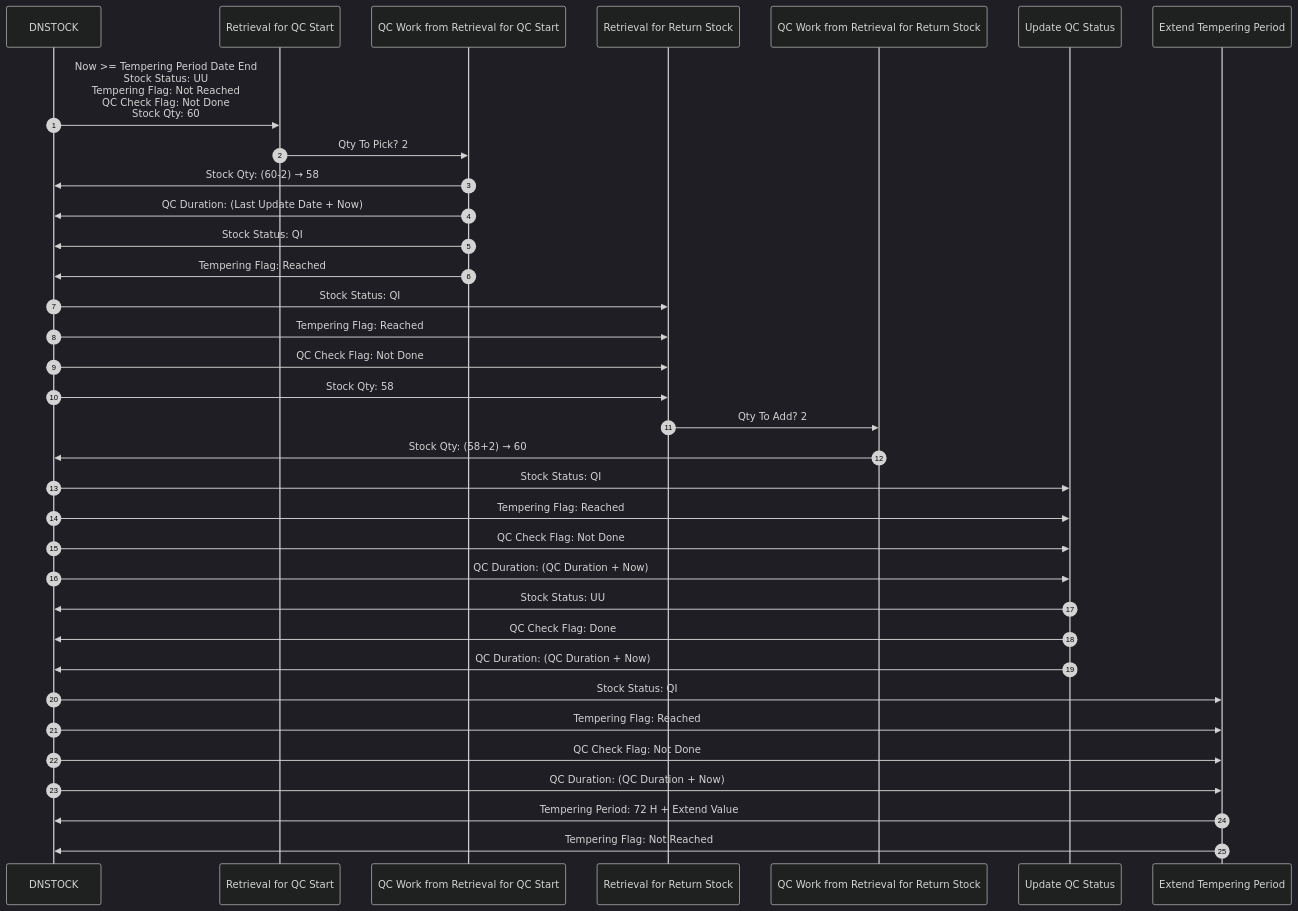
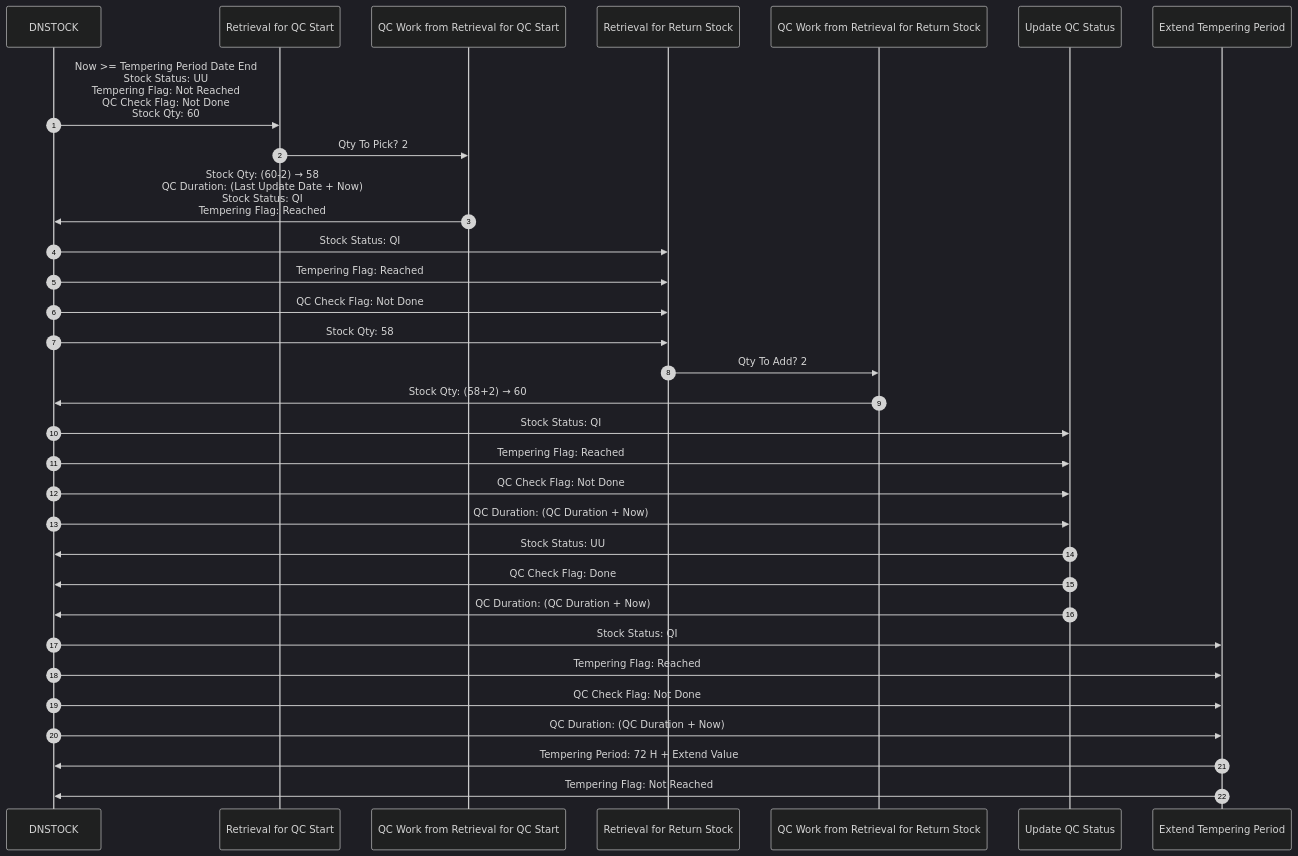
The diagram in Basic-Design/DFD-WMS/Retrieval/QC-Setting.md (luthfiadityaa/SimeDarby-Wiki), drawn with Mermaid (dark theme) before and after one commit.

Commit message:
Updated QC Setting

```diff
--- a/Basic-Design/DFD-WMS/Retrieval/QC-Setting.md
+++ b/Basic-Design/DFD-WMS/Retrieval/QC-Setting.md
@@ -18,55 +18,52 @@
 ::: mermaid
 sequenceDiagram
     autonumber
 
     participant DNSTOCK
     participant Retrieval for QC Start
     participant QC Work from Retrieval for QC Start
     participant Retrieval for Return Stock
     participant QC Work from Retrieval for Return Stock
     participant Update QC Status
     participant Extend Tempering Period
 
     %% --- 1. DNSTOCK ---
     DNSTOCK ->> Retrieval for QC Start: Now >= Tempering Period Date End <br> Stock Status: UU <br> Tempering Flag: Not Reached <br> QC Check Flag: Not Done <br> Stock Qty: 60
 
 
     %% --- 2. Retrieval for QC Start ---
     Retrieval for QC Start ->> QC Work from Retrieval for QC Start: Qty To Pick?  2
 
     %% --- 3. QC Work from Retrieval for QC Start ---
-    QC Work from Retrieval for QC Start ->> DNSTOCK: Stock Qty: (60-2) → 58
-    QC Work from Retrieval for QC Start ->> DNSTOCK: QC Duration: (Last Update Date + Now)
-    QC Work from Retrieval for QC Start ->> DNSTOCK: Stock Status: QI
-    QC Work from Retrieval for QC Start ->> DNSTOCK: Tempering Flag: Reached
+    QC Work from Retrieval for QC Start ->> DNSTOCK: Stock Qty: (60-2) → 58 <br> QC Duration: (Last Update Date + Now) <br> Stock Status: QI <br> Tempering Flag: Reached
 
     %% --- 4. Retrieval for Return Stock ---
     DNSTOCK ->> Retrieval for Return Stock: Stock Status: QI  
     DNSTOCK ->> Retrieval for Return Stock: Tempering Flag: Reached 
     DNSTOCK ->> Retrieval for Return Stock: QC Check Flag: Not Done
     DNSTOCK ->> Retrieval for Return Stock: Stock Qty: 58
 
     Retrieval for Return Stock ->> QC Work from Retrieval for Return Stock: Qty To Add?  2
 
     %% --- 5. QC Work from Retrieval for Return Stock ---
     QC Work from Retrieval for Return Stock ->> DNSTOCK: Stock Qty: (58+2) → 60
 
     %% --- 6. Update QC Status ---
     DNSTOCK ->> Update QC Status: Stock Status: QI  
     DNSTOCK ->> Update QC Status: Tempering Flag: Reached 
     DNSTOCK ->> Update QC Status: QC Check Flag: Not Done
     DNSTOCK ->> Update QC Status: QC Duration: (QC Duration + Now)
     
     Update QC Status ->> DNSTOCK: Stock Status: UU  
     Update QC Status ->> DNSTOCK: QC Check Flag: Done
     Update QC Status ->> DNSTOCK: QC Duration: (QC Duration + Now)
 
     %% --- 7. Extend Tempering Period ---
     DNSTOCK ->> Extend Tempering Period: Stock Status: QI  
     DNSTOCK ->> Extend Tempering Period: Tempering Flag: Reached 
     DNSTOCK ->> Extend Tempering Period: QC Check Flag: Not Done
     DNSTOCK ->> Extend Tempering Period: QC Duration: (QC Duration + Now)
 
     Extend Tempering Period ->> DNSTOCK: Tempering Period: 72 H + Extend Value
     Extend Tempering Period ->> DNSTOCK: Tempering Flag: Not Reached
 :::
```
